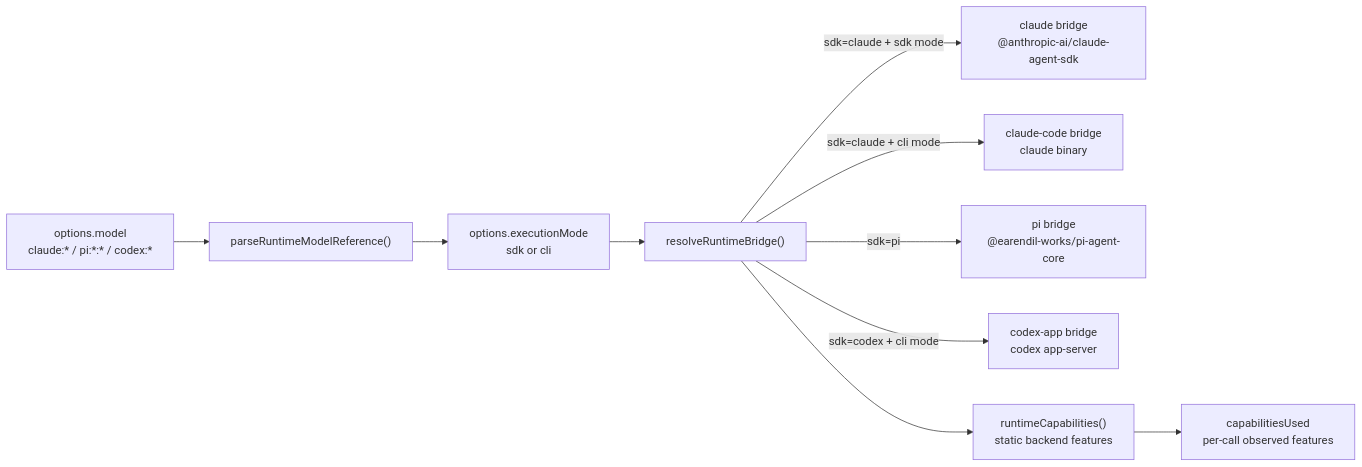
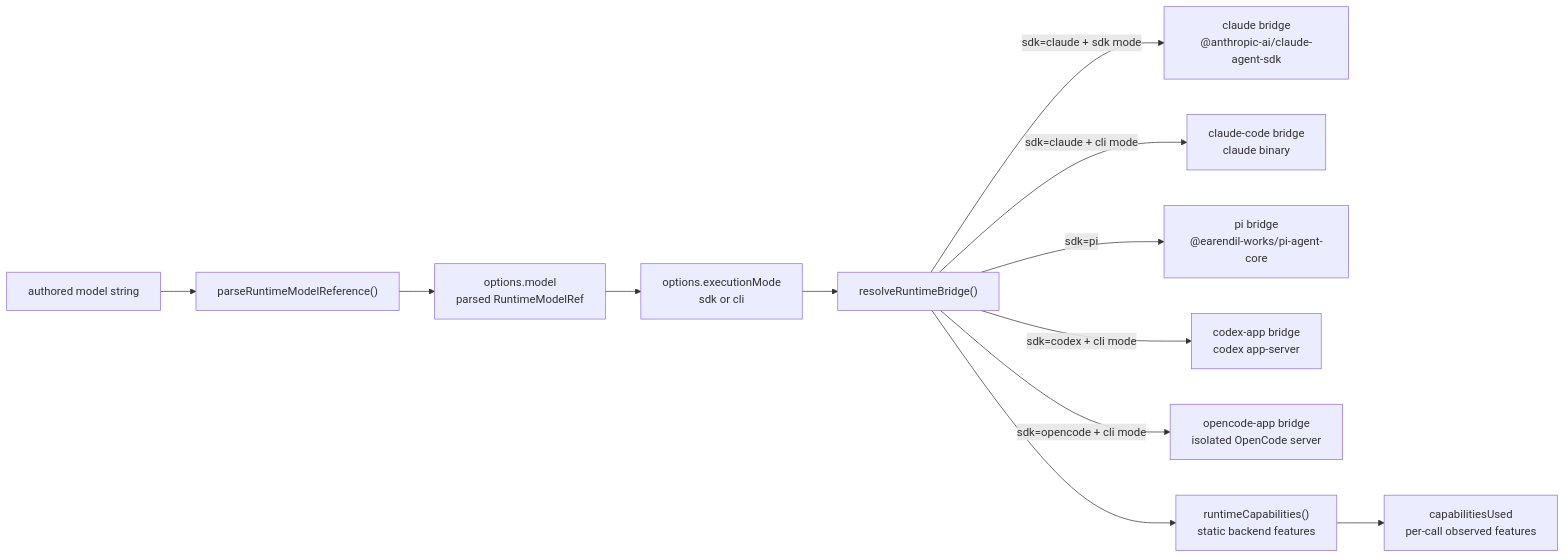
The second of 5 diagrams in packages/agent-runtime/ARCHITECTURE.md (robertsreberski/mono-agent), drawn with Mermaid before and after one commit. The commit also changed other lines of this file and 156 other files, not shown here.

````diff
--- a/packages/agent-runtime/ARCHITECTURE.md
+++ b/packages/agent-runtime/ARCHITECTURE.md
@@ -64,14 +77,16 @@
 ```mermaid
 flowchart LR
-  ModelRef["options.model<br/>claude:* / pi:*:* / codex:*"] --> Parse["parseRuntimeModelReference()"]
-  Parse --> Mode["options.executionMode<br/>sdk or cli"]
+  AuthoredRef["authored model string"] --> Parse["parseRuntimeModelReference()"]
+  Parse --> ModelRef["options.model<br/>parsed RuntimeModelRef"]
+  ModelRef --> Mode["options.executionMode<br/>sdk or cli"]
   Mode --> Resolve["resolveRuntimeBridge()"]
 
   Resolve -->|sdk=claude + sdk mode| ClaudeSDK["claude bridge<br/>@anthropic-ai/claude-agent-sdk"]
   Resolve -->|sdk=claude + cli mode| ClaudeCLI["claude-code bridge<br/>claude binary"]
   Resolve -->|sdk=pi| PiSDK["pi bridge<br/>@earendil-works/pi-agent-core"]
   Resolve -->|sdk=codex + cli mode| CodexApp["codex-app bridge<br/>codex app-server"]
+  Resolve -->|sdk=opencode + cli mode| OpenCodeApp["opencode-app bridge<br/>isolated OpenCode server"]
 
   Resolve --> Caps["runtimeCapabilities()<br/>static backend features"]
   Caps --> Used["capabilitiesUsed<br/>per-call observed features"]
 ```
````
